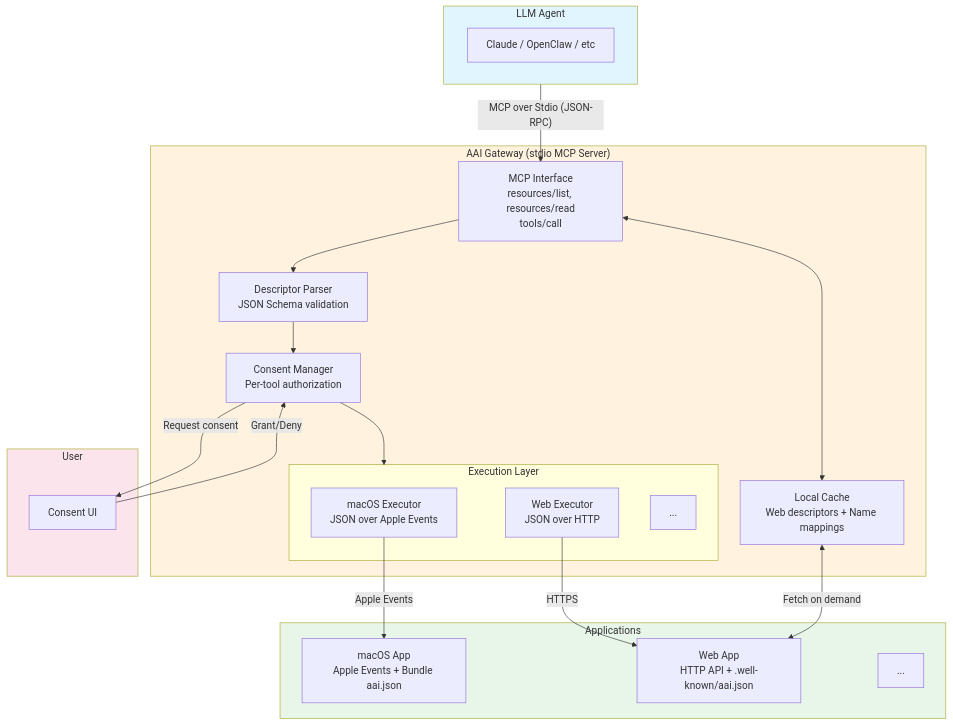
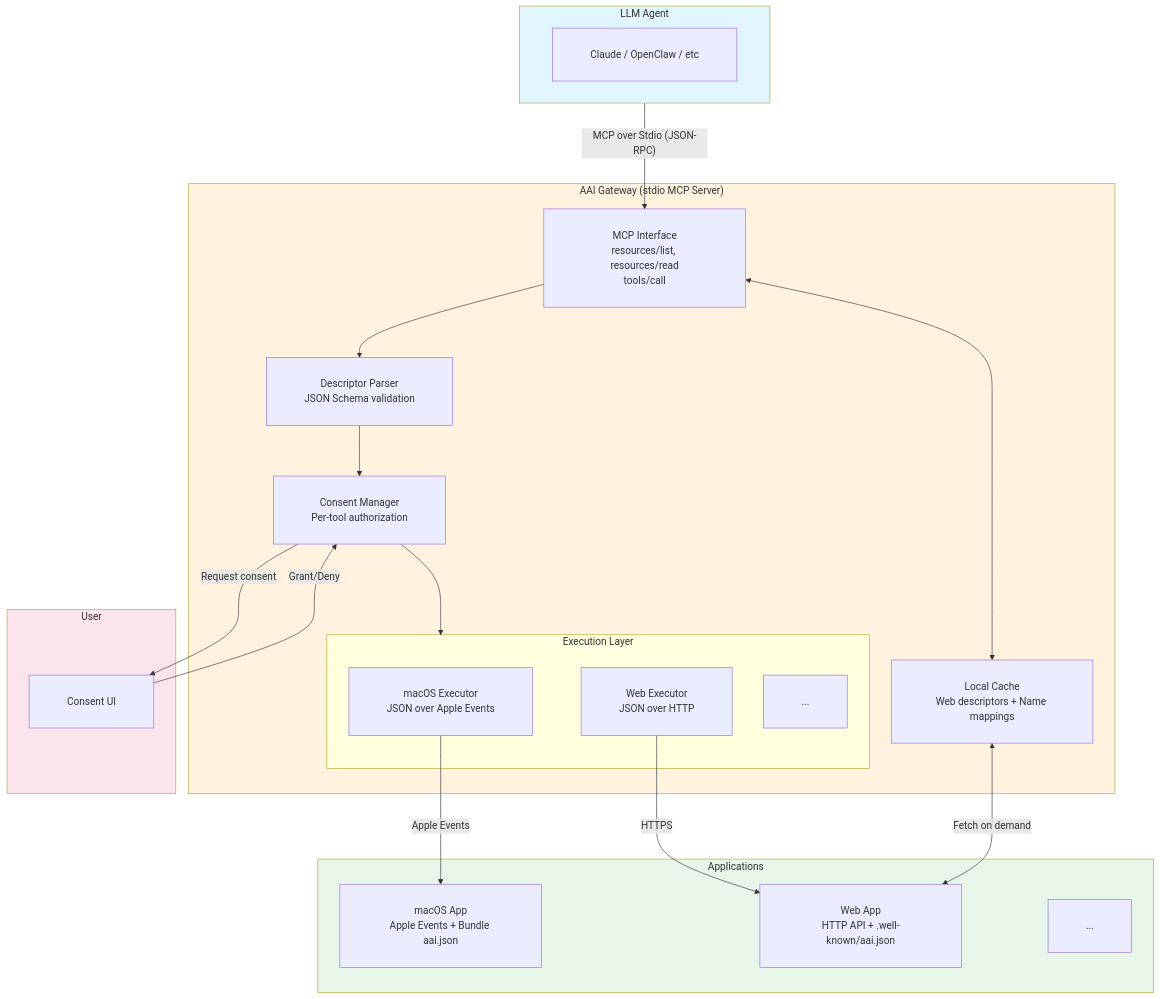
The diagram in docs/protocol/architecture.md (gybob/aai-website), drawn with Mermaid before and after one commit. The commit also changed 2 other files, not shown here.

Commit message:
fix: fix mermaid node text clipping via CSS overflow and increased padding
foreignObject height is underestimated in mermaid flowcharts causing
the last line of multi-line node labels to be hidden. Setting
overflow: visible on foreignObject elements fixes the clipping.
Also increase node padding from 20 to 30 for extra safety margin.

````diff
--- a/docs/protocol/architecture.md
+++ b/docs/protocol/architecture.md
@@ -9,45 +9,46 @@
 ```mermaid
+%%{init: {'flowchart': {'padding': 30, 'nodeSpacing': 50, 'rankSpacing': 80}}}%%
 flowchart TB
     subgraph Agent["LLM Agent"]
         A1[Claude / OpenClaw / etc]
     end
 
     subgraph Gateway["AAI Gateway (stdio MCP Server)"]
         G1["MCP Interface<br/>resources/list, resources/read<br/>tools/call"]
         G2["Descriptor Parser<br/>JSON Schema validation"]
         G3["Consent Manager<br/>Per-tool authorization"]
         G4["Execution Layer"]
         G5["Local Cache<br/>Web descriptors + Name mappings"]
 
         subgraph G4["Execution Layer"]
             E1["macOS Executor<br/>JSON over Apple Events"]
             E2["Web Executor<br/>JSON over HTTP"]
             E3["..."]
         end
 
         G1 --> G2 --> G3 --> G4
         G1 <--> G5
     end
 
     subgraph User["User"]
         U1["Consent UI"]
     end
 
     subgraph Apps["Applications"]
         D1["macOS App<br/>Apple Events + Bundle aai.json"]
         W1["Web App<br/>HTTP API + .well-known/aai.json"]
         X1["..."]
     end
 
     Agent -->|"MCP over Stdio (JSON-RPC)"| G1
     G3 -->|"Request consent"| U1
     U1 -->|"Grant/Deny"| G3
     E1 -->|"Apple Events"| D1
     E2 -->|"HTTPS"| W1
     G5 <-->|"Fetch on demand"| W1
 
     style Agent fill:#e1f5fe
     style Gateway fill:#fff3e0
     style Apps fill:#e8f5e9
     style User fill:#fce4ec
 ```
````
